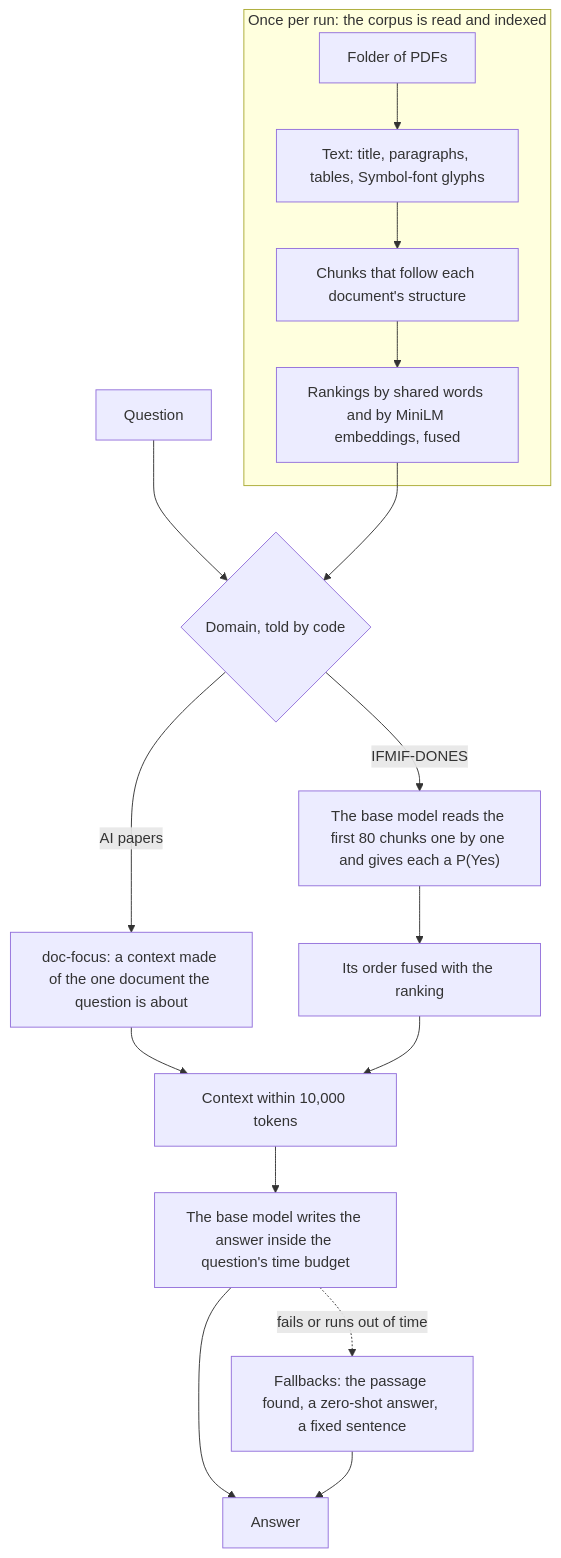
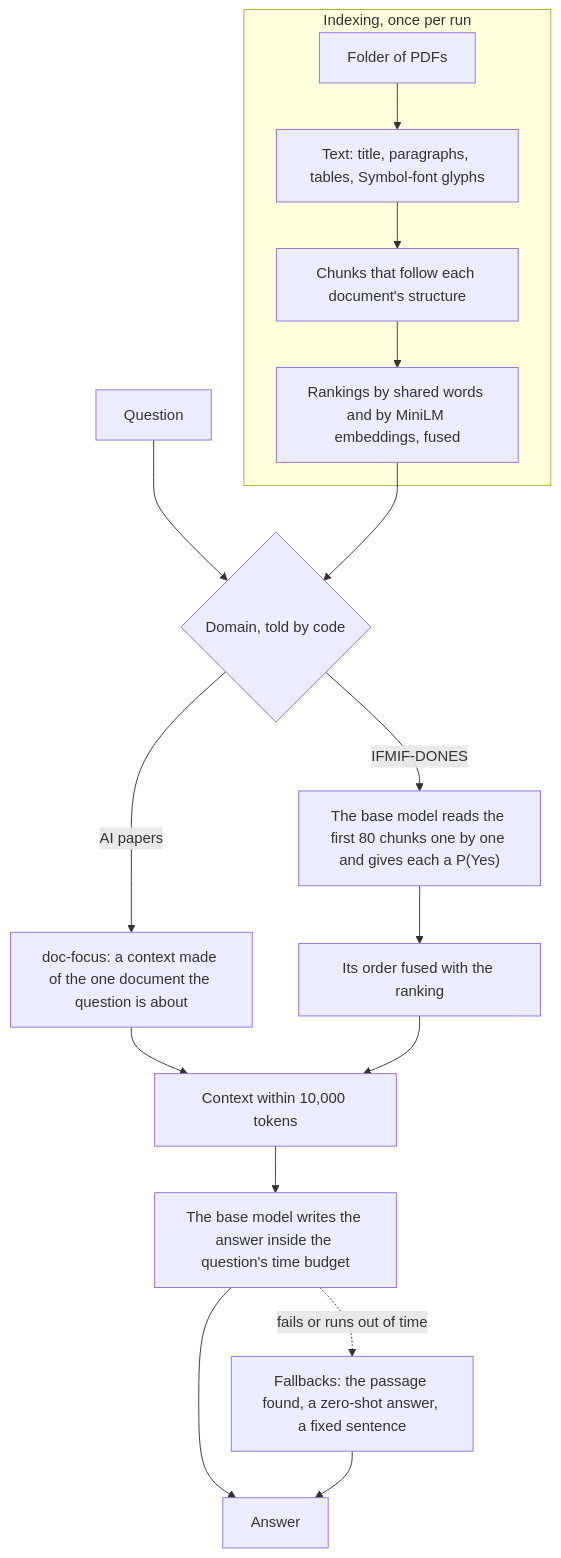
One commit to kirkju/ieee-cis-dsqa-challenge changed the diagram in README.md. Above: the diagram before and after it, drawn with Mermaid.

Commit message:
docs: shorten the title of the indexing step in the diagram

````diff
--- a/README.md
+++ b/README.md
@@ -24,19 +24,19 @@
 ```mermaid
 flowchart TD
-    subgraph IDX["Once per run: the corpus is read and indexed"]
+    subgraph IDX["Indexing, once per run"]
         PDF["Folder of PDFs"] --> TXT["Text: title, paragraphs, tables, Symbol-font glyphs"]
         TXT --> CH["Chunks that follow each document's structure"]
         CH --> RK["Rankings by shared words and by MiniLM embeddings, fused"]
     end
     Q["Question"] --> DOM{"Domain, told by code"}
     RK --> DOM
     DOM -->|"AI papers"| FOC["doc-focus: a context made of the one document the question is about"]
     DOM -->|"IFMIF-DONES"| REL["The base model reads the first 80 chunks one by one and gives each a P(Yes)"]
     REL --> FUS["Its order fused with the ranking"]
     FOC --> CTX["Context within 10,000 tokens"]
     FUS --> CTX
     CTX --> GEN["The base model writes the answer inside the question's time budget"]
     GEN --> ANS["Answer"]
     GEN -. "fails or runs out of time" .-> FB["Fallbacks: the passage found, a zero-shot answer, a fixed sentence"]
     FB --> ANS
 ```
````
